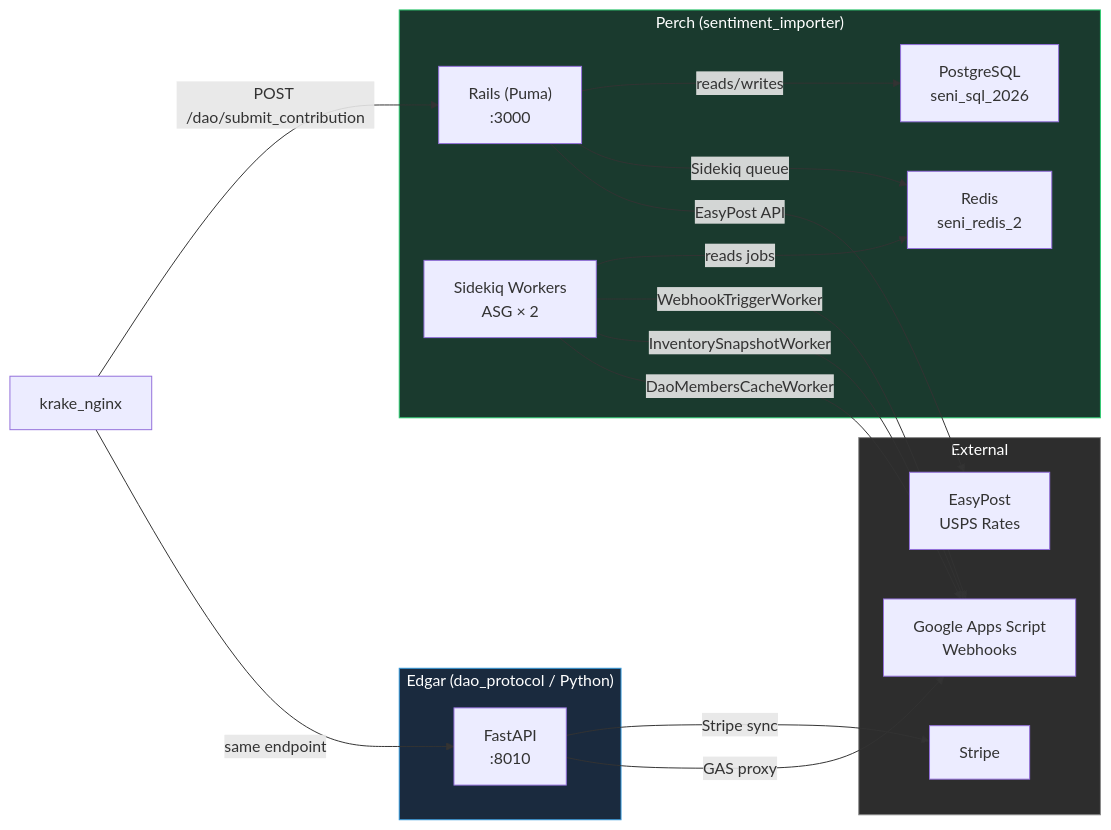
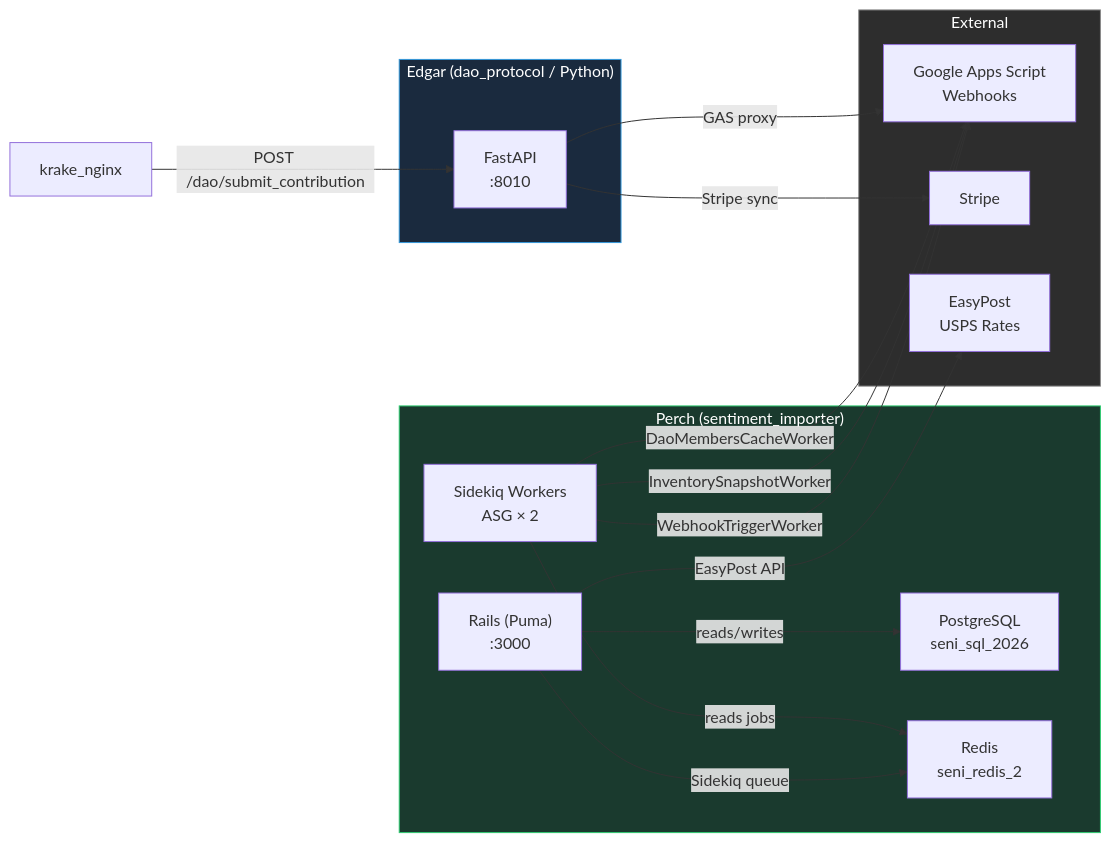
The second of 2 diagrams in AWS_DIGITAL_INFRASTRUCTURE.md (TrueSightDAO/agentic_ai_context), drawn with Mermaid before and after one commit. The commit also changed other lines of this file and 3 other files, not shown here.

````diff
--- a/AWS_DIGITAL_INFRASTRUCTURE.md
+++ b/AWS_DIGITAL_INFRASTRUCTURE.md
@@ -65,37 +65,36 @@
 ```mermaid
 flowchart LR
     subgraph External["External"]
         GAS["Google Apps Script\nWebhooks"]
         Stripe["Stripe"]
         EasyPost["EasyPost\nUSPS Rates"]
     end
 
     subgraph PerchStack["Perch (sentiment_importer)"]
         Rails["Rails (Puma)\n:3000"]
         SK["Sidekiq Workers\nASG × 2"]
         PG["PostgreSQL\nseni_sql_2026"]
         RD["Redis\nseni_redis_2"]
     end
 
     subgraph EdgarStack["Edgar (dao_protocol / Python)"]
         FastAPI["FastAPI\n:8010"]
     end
 
-    Nginx["krake_nginx"] -->|POST /dao/submit_contribution| Rails
-    Nginx -->|same endpoint| FastAPI
+    Nginx["krake_nginx"] -->|POST /dao/submit_contribution| FastAPI
 
     Rails -->|reads/writes| PG
     Rails -->|Sidekiq queue| RD
     SK -->|reads jobs| RD
     SK -->|WebhookTriggerWorker| GAS
     SK -->|InventorySnapshotWorker| GAS
     SK -->|DaoMembersCacheWorker| GAS
 
     Rails -->|EasyPost API| EasyPost
     FastAPI -->|Stripe sync| Stripe
     FastAPI -->|GAS proxy| GAS
 
     style External fill:#2d2d2d,color:#fff,stroke:#888
     style PerchStack fill:#1a3a2e,color:#fff,stroke:#2ecc71
     style EdgarStack fill:#1a2a3e,color:#fff,stroke:#3498db
 ```
````
